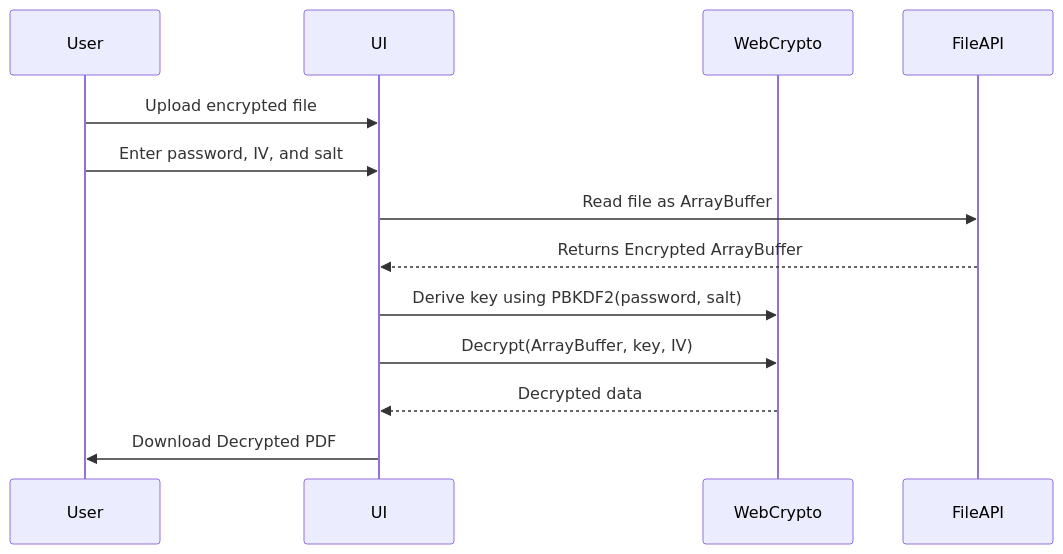
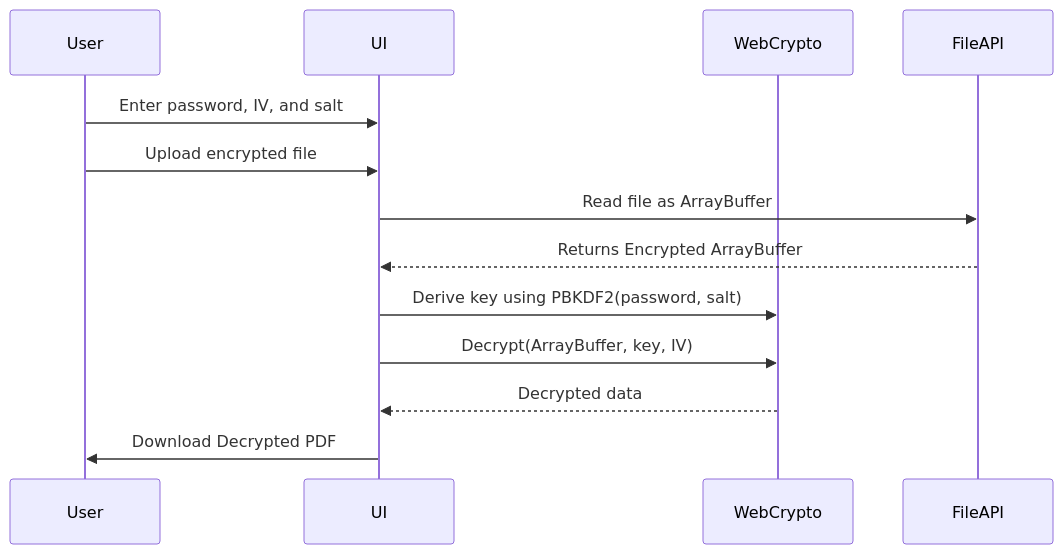
One commit to bitsmuggler/browser-document-encryption-showcase changed the second of 2 diagrams in README.md. Above: the diagram before and after it, drawn with Mermaid. The commit also changed other lines of this file, not shown here.

````diff
--- a/README.md
+++ b/README.md
@@ -73,16 +73,16 @@
 ```mermaid
 sequenceDiagram
     participant User
     participant UI
     participant WebCrypto
     participant FileAPI
 
+    User->>UI: Enter password, IV, and salt
     User->>UI: Upload encrypted file
-    User->>UI: Enter password, IV, and salt
     UI->>FileAPI: Read file as ArrayBuffer
     FileAPI-->>UI: Returns Encrypted ArrayBuffer
     UI->>WebCrypto: Derive key using PBKDF2(password, salt)
     UI->>WebCrypto: Decrypt(ArrayBuffer, key, IV)
     WebCrypto-->>UI: Decrypted data
     UI->>User: Download Decrypted PDF
 ```
````
